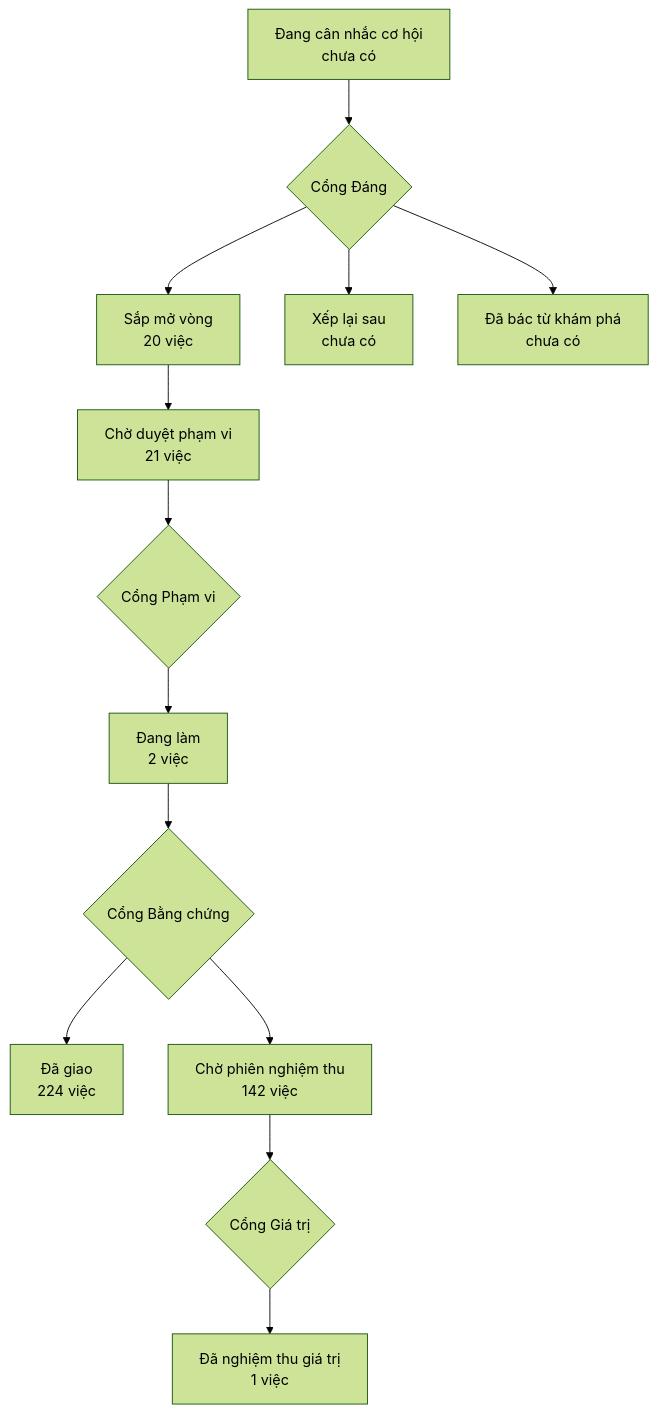
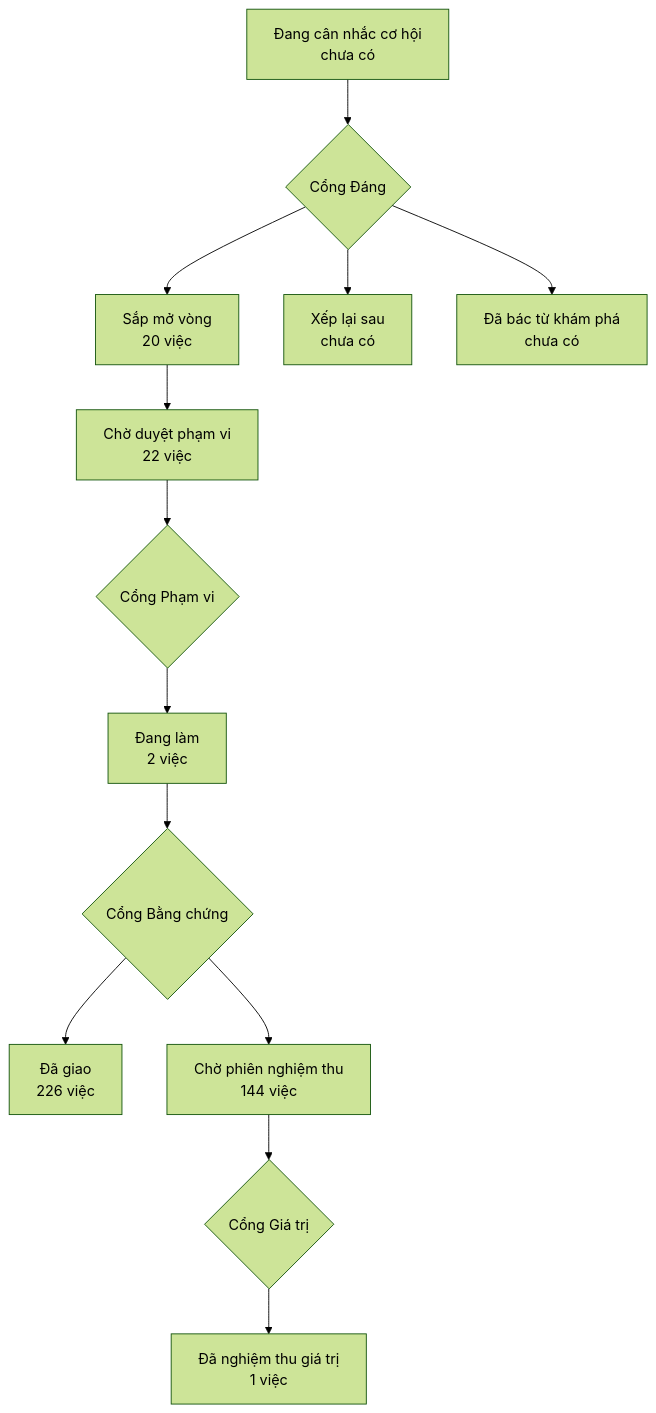
One commit to phanlemanh/onehub-invest changed the diagram in PRODUCT-MAP.md. Above: the diagram before and after it, drawn with Mermaid (forest theme). The commit also changed other lines of this file and 1 other file, not shown here.

Commit message:
chore(day-ban-chep-sang-may-phat-trien): sinh lại PRODUCT-MAP, LO-TRINH sau nhận HT18 + main (HT9)

````diff
--- a/PRODUCT-MAP.md
+++ b/PRODUCT-MAP.md
@@ -7,12 +7,12 @@
 ```mermaid
 flowchart TD
   A["Đang cân nhắc cơ hội<br/>chưa có"] --> GD{"Cổng Đáng"}
   GD --> B["Sắp mở vòng<br/>20 việc"]
   GD --> XL["Xếp lại sau<br/>chưa có"]
   GD --> DB["Đã bác từ khám phá<br/>chưa có"]
-  B --> CD["Chờ duyệt phạm vi<br/>21 việc"] --> GP{"Cổng Phạm vi"}
+  B --> CD["Chờ duyệt phạm vi<br/>22 việc"] --> GP{"Cổng Phạm vi"}
   GP --> DL["Đang làm<br/>2 việc"] --> GB{"Cổng Bằng chứng"}
-  GB --> DG["Đã giao<br/>224 việc"]
-  GB --> CN["Chờ phiên nghiệm thu<br/>142 việc"] --> GG{"Cổng Giá trị"}
+  GB --> DG["Đã giao<br/>226 việc"]
+  GB --> CN["Chờ phiên nghiệm thu<br/>144 việc"] --> GG{"Cổng Giá trị"}
   GG --> NT["Đã nghiệm thu giá trị<br/>1 việc"]
 ```
````
